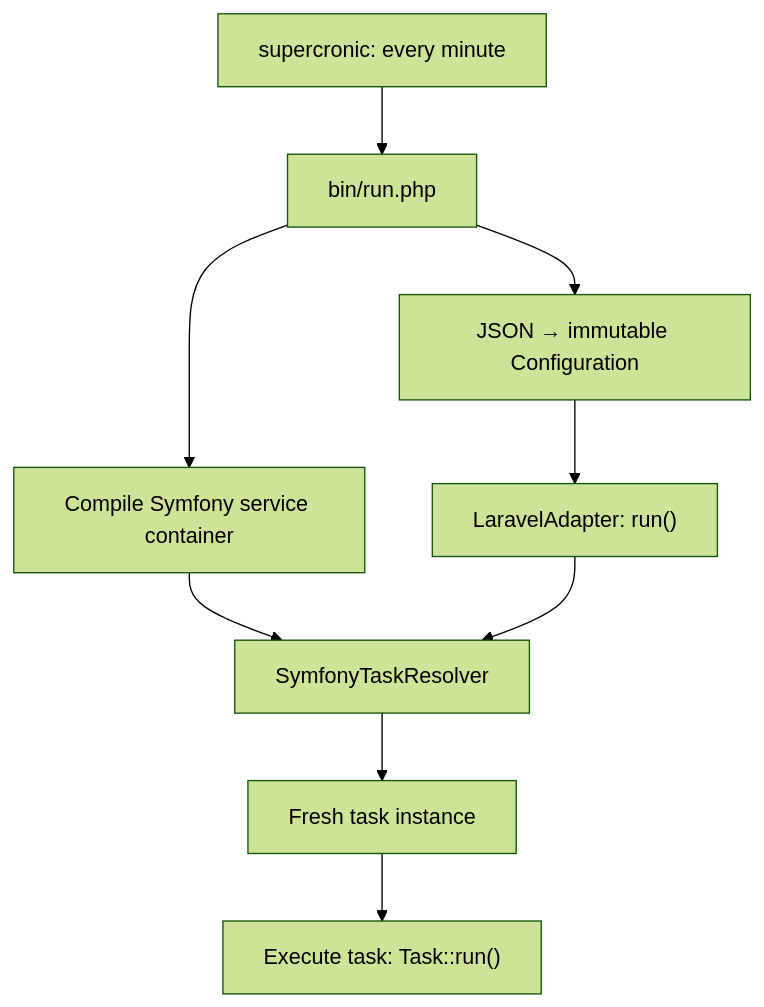
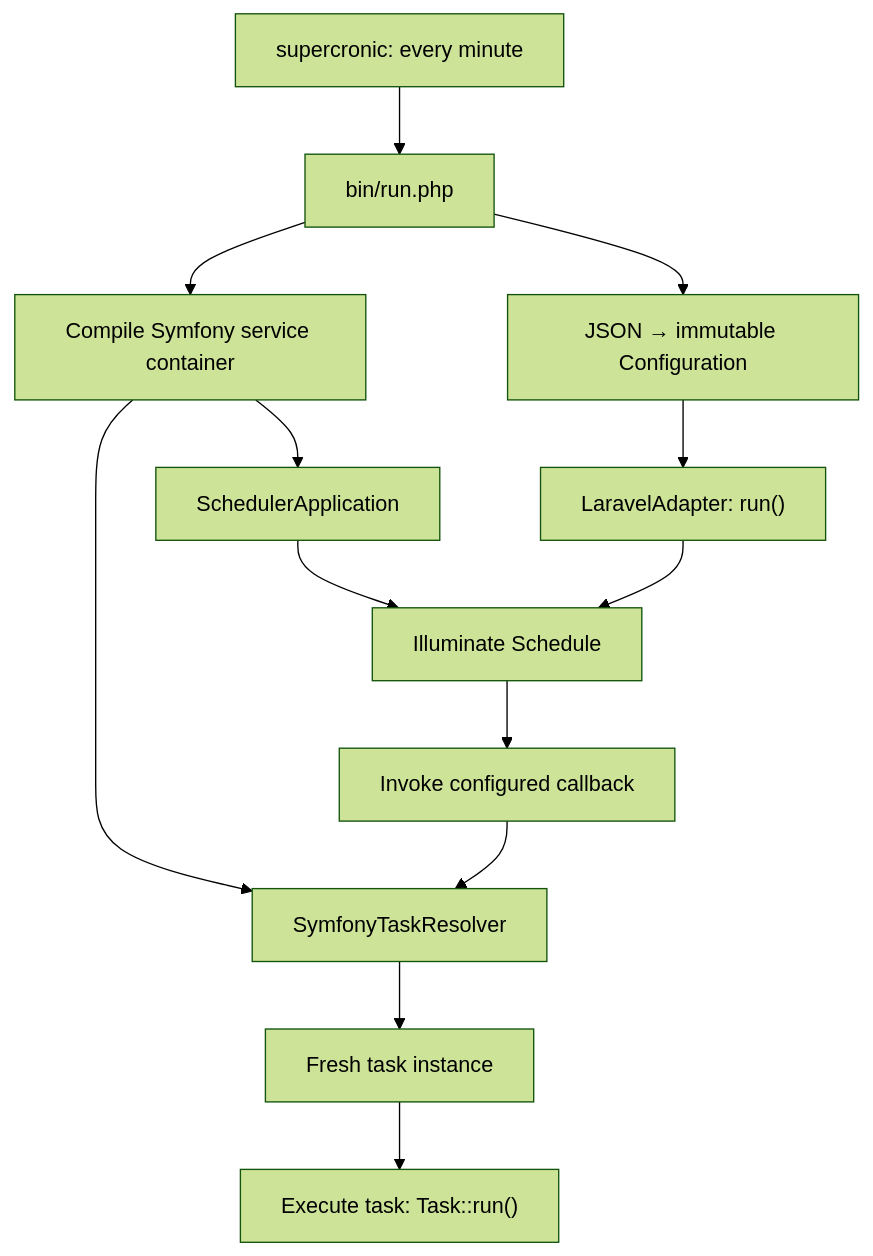
One commit to pupitooo/emorfiq-adapter changed the diagram in docs/architecture.md. Above: the diagram before and after it, drawn with Mermaid (forest theme). The commit also changed other lines of this file and 27 other files, not shown here.

Commit message:
Bootstrap Illuminate and map definitions to Scheduler events (#6)

````diff
--- a/docs/architecture.md
+++ b/docs/architecture.md
@@ -9,11 +9,15 @@
 ```mermaid
 flowchart TD
     Cron["supercronic: every minute"] --> CLI["bin/run.php"]
     CLI --> Config["JSON → immutable Configuration"]
     CLI --> Container["Compile Symfony service container"]
     Config --> Adapter["LaravelAdapter: run()"]
     Container --> Resolver["SymfonyTaskResolver"]
-    Adapter --> Resolver
+    Container --> Context["SchedulerApplication"]
+    Context --> Schedule["Illuminate Schedule"]
+    Adapter --> Schedule
+    Schedule --> Callback["Invoke configured callback"]
+    Callback --> Resolver
     Resolver --> Task["Fresh task instance"]
     Task --> Execution["Execute task: Task::run()"]
 ```
````
